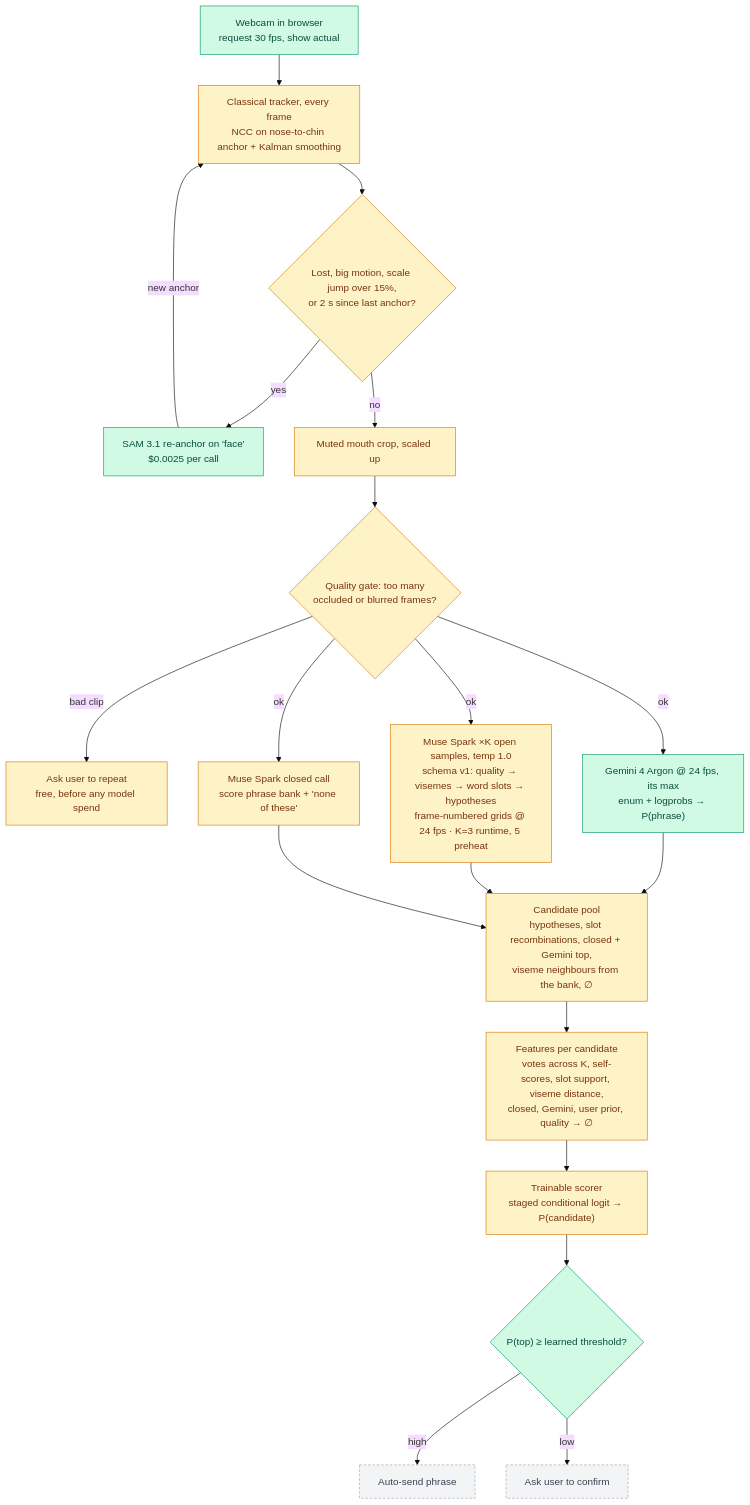
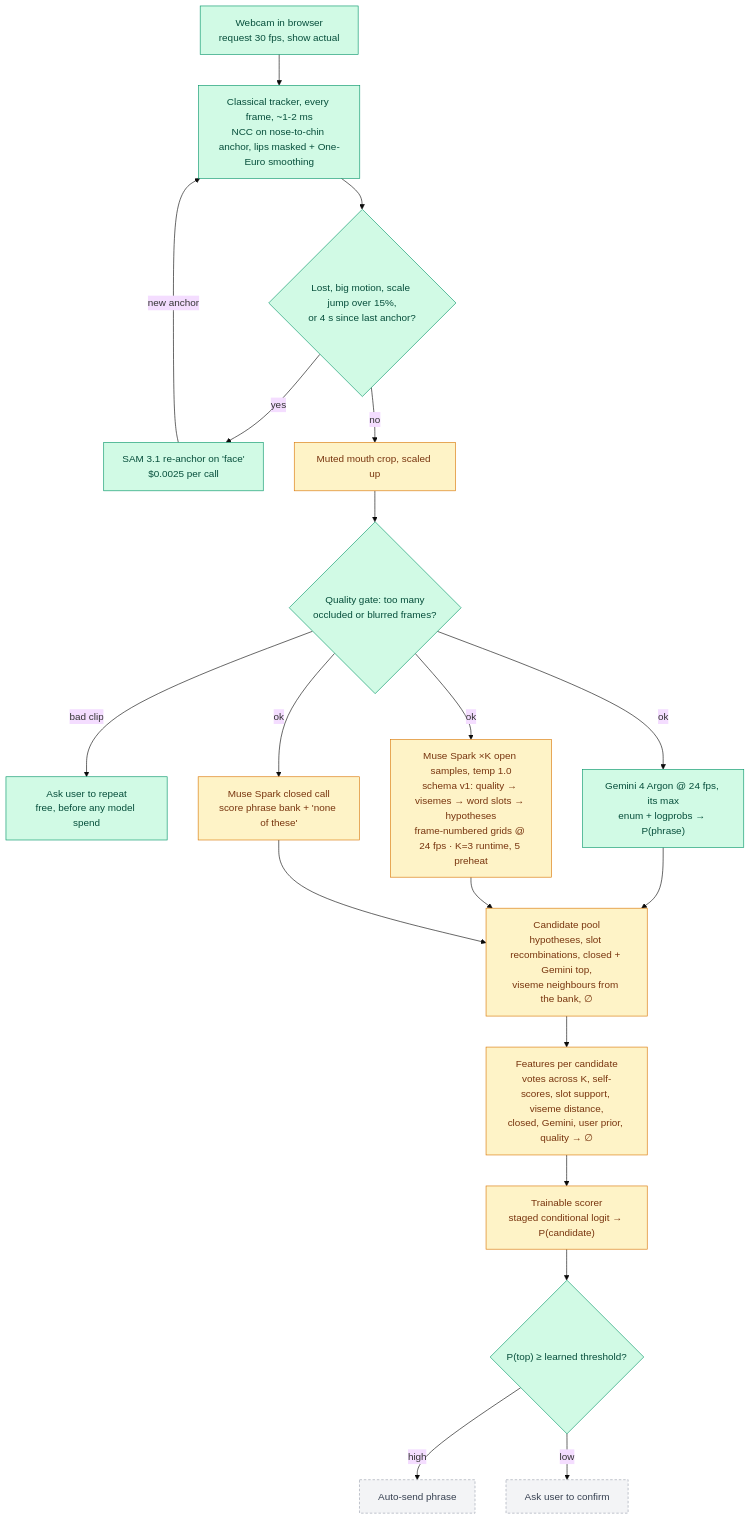
The first of 2 diagrams in docs/pipeline.md (Darijan-Ducic/badge-machine), drawn with Mermaid (base theme) before and after one commit. The commit also changed other lines of this file and 1 other file, not shown here.

Commit message:
perf: re-anchor the tracker every 4 s instead of 2
Replay on the real talking-head clip: mean crop error 0.035 vs 0.043 face widths with 3 SAM calls instead of 5. Diagram marks the tracker, gate, and replay as built.

````diff
--- a/docs/pipeline.md
+++ b/docs/pipeline.md
@@ -7,35 +7,35 @@
 ```mermaid
 flowchart TD
   CAM["Webcam in browser<br/>request 30 fps, show actual"]
-  TRK["Classical tracker, every frame<br/>NCC on nose-to-chin anchor + Kalman smoothing"]
-  TRIG{"Lost, big motion, scale jump over 15%,<br/>or 2 s since last anchor?"}
+  TRK["Classical tracker, every frame, ~1-2 ms<br/>NCC on nose-to-chin anchor, lips masked + One-Euro smoothing"]
+  TRIG{"Lost, big motion, scale jump over 15%,<br/>or 4 s since last anchor?"}
   SAM["SAM 3.1 re-anchor on 'face'<br/>$0.0025 per call"]
   CROP["Muted mouth crop, scaled up"]
   QG{"Quality gate: too many<br/>occluded or blurred frames?"}
   REPEAT["Ask user to repeat<br/>free, before any model spend"]
   GEM["Gemini 4 Argon @ 24 fps, its max<br/>enum + logprobs → P(phrase)"]
   MUSEK["Muse Spark ×K open samples, temp 1.0<br/>schema v1: quality → visemes → word slots → hypotheses<br/>frame-numbered grids @ 24 fps · K=3 runtime, 5 preheat"]
   MUSEC["Muse Spark closed call<br/>score phrase bank + 'none of these'"]
   POOL["Candidate pool<br/>hypotheses, slot recombinations, closed + Gemini top,<br/>viseme neighbours from the bank, ∅"]
   FEAT["Features per candidate<br/>votes across K, self-scores, slot support, viseme distance,<br/>closed, Gemini, user prior, quality → ∅"]
   FUSE["Trainable scorer<br/>staged conditional logit → P(candidate)"]
   GATE{"P(top) ≥ learned threshold?"}
   SEND["Auto-send phrase"]
   CONFIRM["Ask user to confirm"]
 
   CAM --> TRK --> TRIG
   TRIG -- yes --> SAM -- new anchor --> TRK
   TRIG -- no --> CROP --> QG
   QG -- bad clip --> REPEAT
   QG -- ok --> GEM & MUSEK & MUSEC
   GEM & MUSEK & MUSEC --> POOL --> FEAT --> FUSE --> GATE
   GATE -- high --> SEND
   GATE -- low --> CONFIRM
 
   classDef built fill:#d1fae5,stroke:#059669,color:#064e3b
   classDef building fill:#fef3c7,stroke:#d97706,color:#78350f
   classDef planned fill:#f3f4f6,stroke:#9ca3af,color:#374151,stroke-dasharray:4 3
-  class CAM,GEM,GATE,SAM built
-  class TRK,TRIG,CROP,QG,REPEAT,MUSEK,MUSEC,POOL,FEAT,FUSE building
+  class CAM,GEM,GATE,SAM,TRK,TRIG,QG,REPEAT built
+  class CROP,MUSEK,MUSEC,POOL,FEAT,FUSE building
   class SEND,CONFIRM planned
 ```
````
